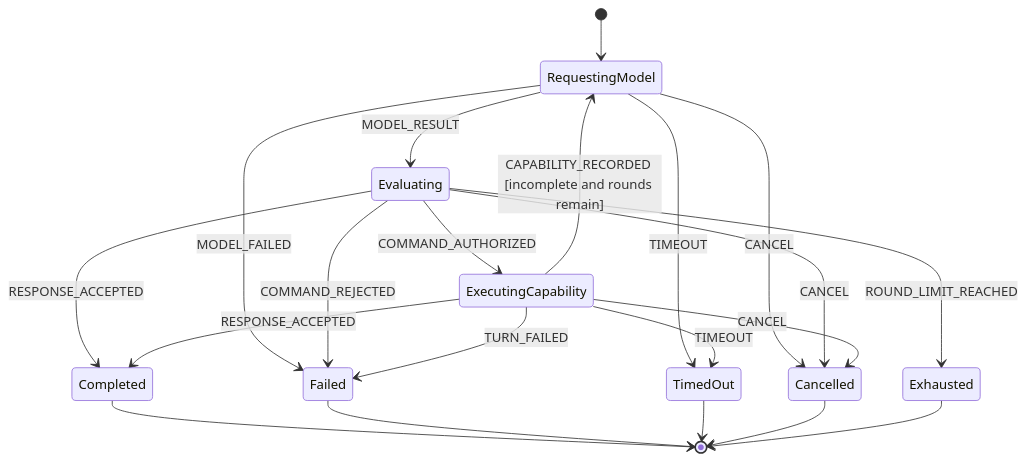
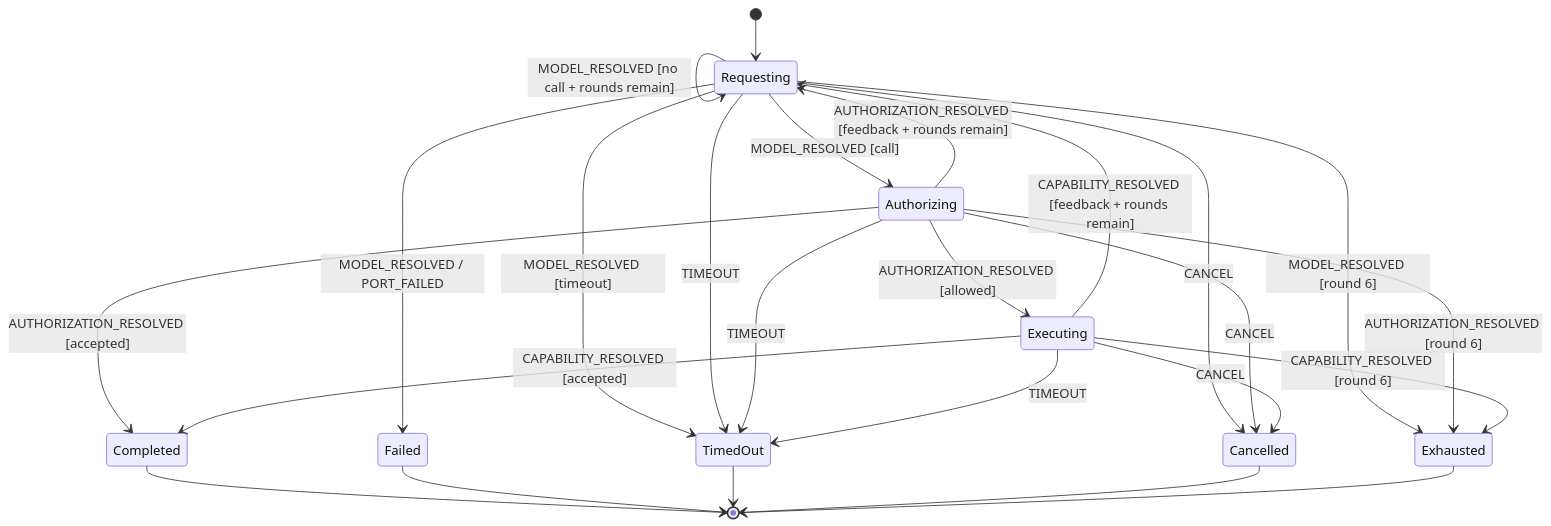
One commit to 0xjcf/ignite-element changed the second of 4 diagrams in examples/agents/voice-workbench/README.md. Above: the diagram before and after it, drawn with Mermaid. The commit also changed other lines of this file, not shown here.

````diff
--- a/examples/agents/voice-workbench/README.md
+++ b/examples/agents/voice-workbench/README.md
@@ -330,27 +343,31 @@
 ```mermaid
 stateDiagram-v2
-    [*] --> RequestingModel
-    RequestingModel --> Evaluating: MODEL_RESULT
-    RequestingModel --> Failed: MODEL_FAILED
-    RequestingModel --> TimedOut: TIMEOUT
+    [*] --> Requesting
+    Requesting --> Authorizing: MODEL_RESOLVED [call]
+    Requesting --> Requesting: MODEL_RESOLVED [no call + rounds remain]
+    Requesting --> Failed: MODEL_RESOLVED / PORT_FAILED
+    Requesting --> TimedOut: MODEL_RESOLVED [timeout]
+    Requesting --> Exhausted: MODEL_RESOLVED [round 6]
 
-    Evaluating --> ExecutingCapability: COMMAND_AUTHORIZED
-    Evaluating --> Completed: RESPONSE_ACCEPTED
-    Evaluating --> Failed: COMMAND_REJECTED
-    Evaluating --> Exhausted: ROUND_LIMIT_REACHED
+    Authorizing --> Executing: AUTHORIZATION_RESOLVED [allowed]
+    Authorizing --> Completed: AUTHORIZATION_RESOLVED [accepted]
+    Authorizing --> Requesting: AUTHORIZATION_RESOLVED [feedback + rounds remain]
+    Authorizing --> Exhausted: AUTHORIZATION_RESOLVED [round 6]
 
-    ExecutingCapability --> RequestingModel: CAPABILITY_RECORDED [incomplete and rounds remain]
-    ExecutingCapability --> Completed: RESPONSE_ACCEPTED
-    ExecutingCapability --> Failed: TURN_FAILED
-    ExecutingCapability --> TimedOut: TIMEOUT
+    Executing --> Completed: CAPABILITY_RESOLVED [accepted]
+    Executing --> Requesting: CAPABILITY_RESOLVED [feedback + rounds remain]
+    Executing --> Exhausted: CAPABILITY_RESOLVED [round 6]
 
-    RequestingModel --> Cancelled: CANCEL
-    Evaluating --> Cancelled: CANCEL
-    ExecutingCapability --> Cancelled: CANCEL
+    Requesting --> Cancelled: CANCEL
+    Authorizing --> Cancelled: CANCEL
+    Executing --> Cancelled: CANCEL
+    Requesting --> TimedOut: TIMEOUT
+    Authorizing --> TimedOut: TIMEOUT
+    Executing --> TimedOut: TIMEOUT
 
     Completed --> [*]
     Failed --> [*]
     TimedOut --> [*]
     Cancelled --> [*]
     Exhausted --> [*]
 ```
````
